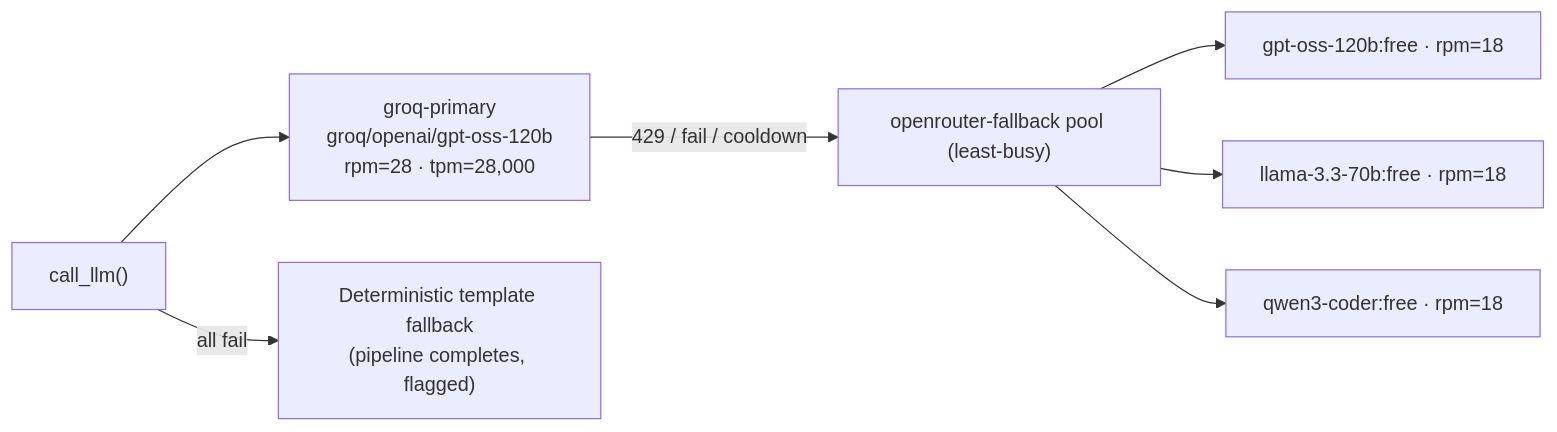
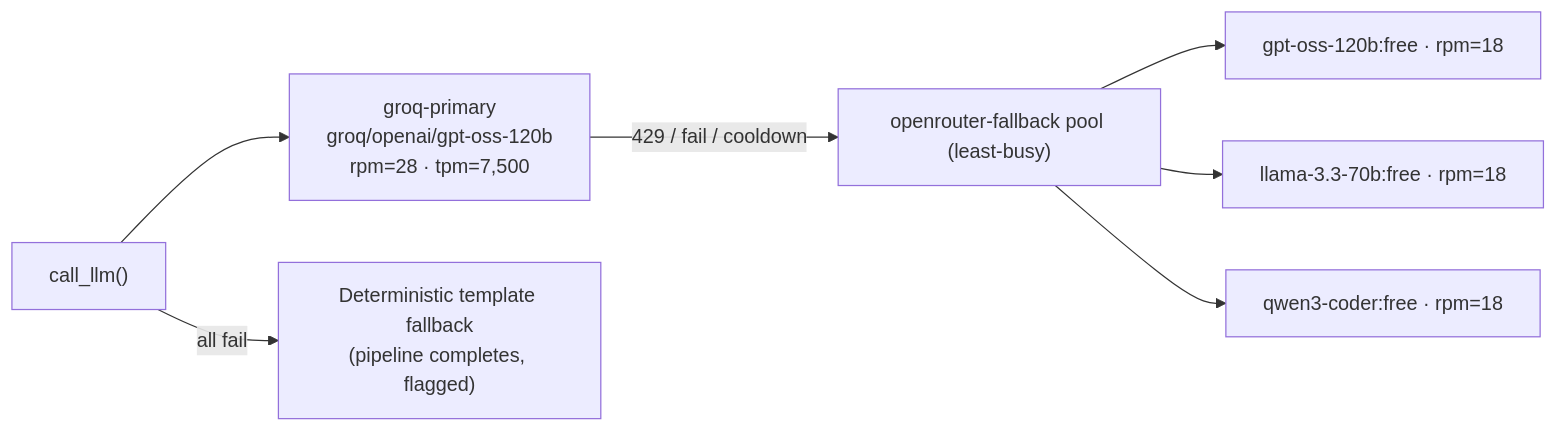
The third of 4 diagrams in docs/ARCHITECTURE_FINAL.md (tatsat3mutee/mtech-teleco-multiagent-project), drawn with Mermaid before and after one commit. The commit also changed other lines of this file and 3 other files, not shown here.

Commit message:
docs: correct Groq TPM figures to measured 8K cap (7.5K throttle) + record the lived EC2 failover event in risk register and defense

````diff
--- a/docs/ARCHITECTURE_FINAL.md
+++ b/docs/ARCHITECTURE_FINAL.md
@@ -206,9 +206,9 @@
 ```mermaid
 flowchart LR
-    A["call_llm()"] --> G["groq-primary<br/>groq/openai/gpt-oss-120b<br/>rpm=28 · tpm=28,000"]
+    A["call_llm()"] --> G["groq-primary<br/>groq/openai/gpt-oss-120b<br/>rpm=28 · tpm=7,500"]
     G -->|"429 / fail / cooldown"| O["openrouter-fallback pool (least-busy)"]
     O --> O1["gpt-oss-120b:free · rpm=18"]
     O --> O2["llama-3.3-70b:free · rpm=18"]
     O --> O3["qwen3-coder:free · rpm=18"]
     A -->|all fail| F["Deterministic template fallback<br/>(pipeline completes, flagged)"]
 ```
````
